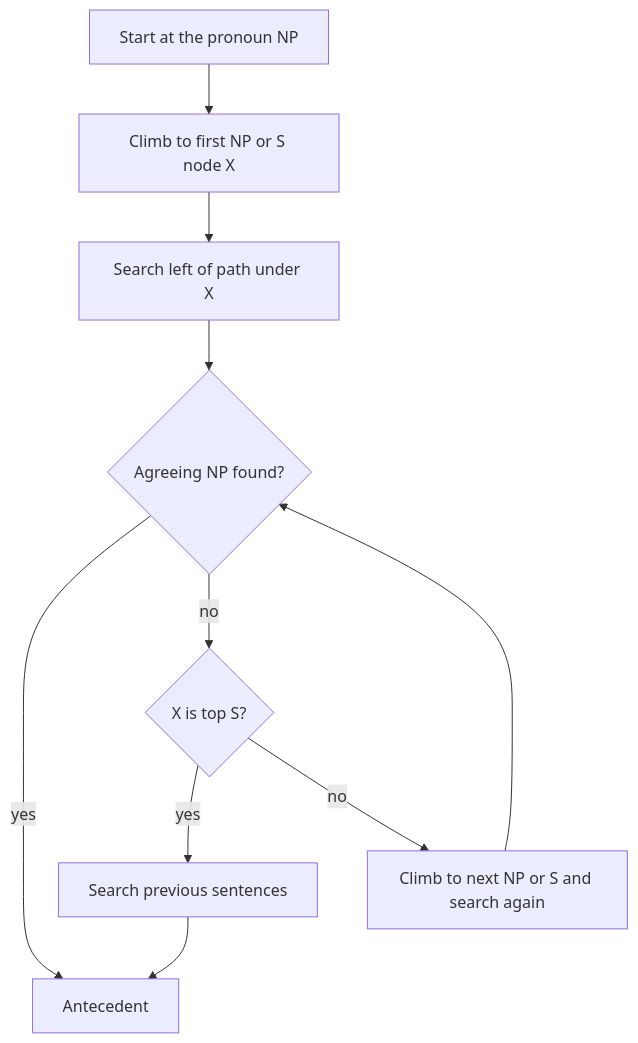
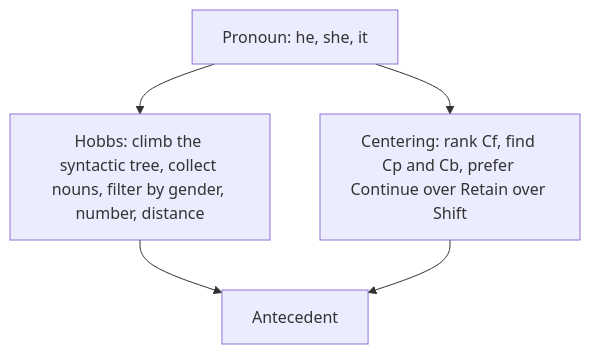
Before and after one commit to TrendySloth1001/sem-seven-notes: the diagram in content/natural-language-processing/pyq/2025-05-ce/q4b.mdx, drawn with Mermaid. The commit also changed other lines of this file and 406 other files, not shown here.

````diff
--- a/content/natural-language-processing/pyq/2025-05-ce/q4b.mdx
+++ b/content/natural-language-processing/pyq/2025-05-ce/q4b.mdx
@@ -16,13 +7,8 @@
 ```mermaid
-%% caption: Hobbs search. Look near the pronoun first, then climb the tree, then move to earlier sentences.
+%% caption: Two methods for the same job of anaphora resolution.
 flowchart TD
-  A["Start at the pronoun NP"] --> B["Climb to first NP or S node X"]
-  B --> C["Search left of path under X"]
-  C --> D{"Agreeing NP found?"}
-  D -->|"yes"| Z["Antecedent"]
-  D -->|"no"| E{"X is top S?"}
-  E -->|"yes"| F["Search previous sentences"]
-  F --> Z
-  E -->|"no"| G["Climb to next NP or S and search again"]
-  G --> D
+  A["Pronoun: he, she, it"] --> H["Hobbs: climb the syntactic tree, collect nouns, filter by gender, number, distance"]
+  A --> G["Centering: rank Cf, find Cp and Cb, prefer Continue over Retain over Shift"]
+  H --> R["Antecedent"]
+  G --> R
 ```
````
